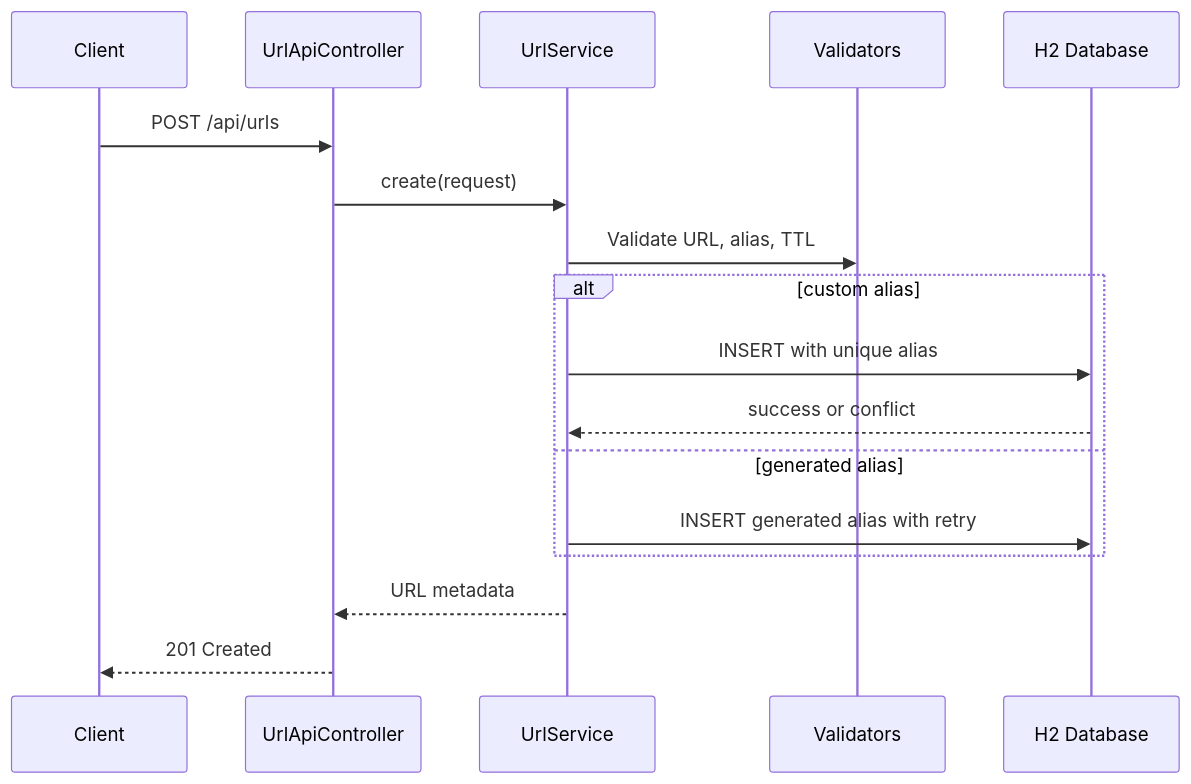
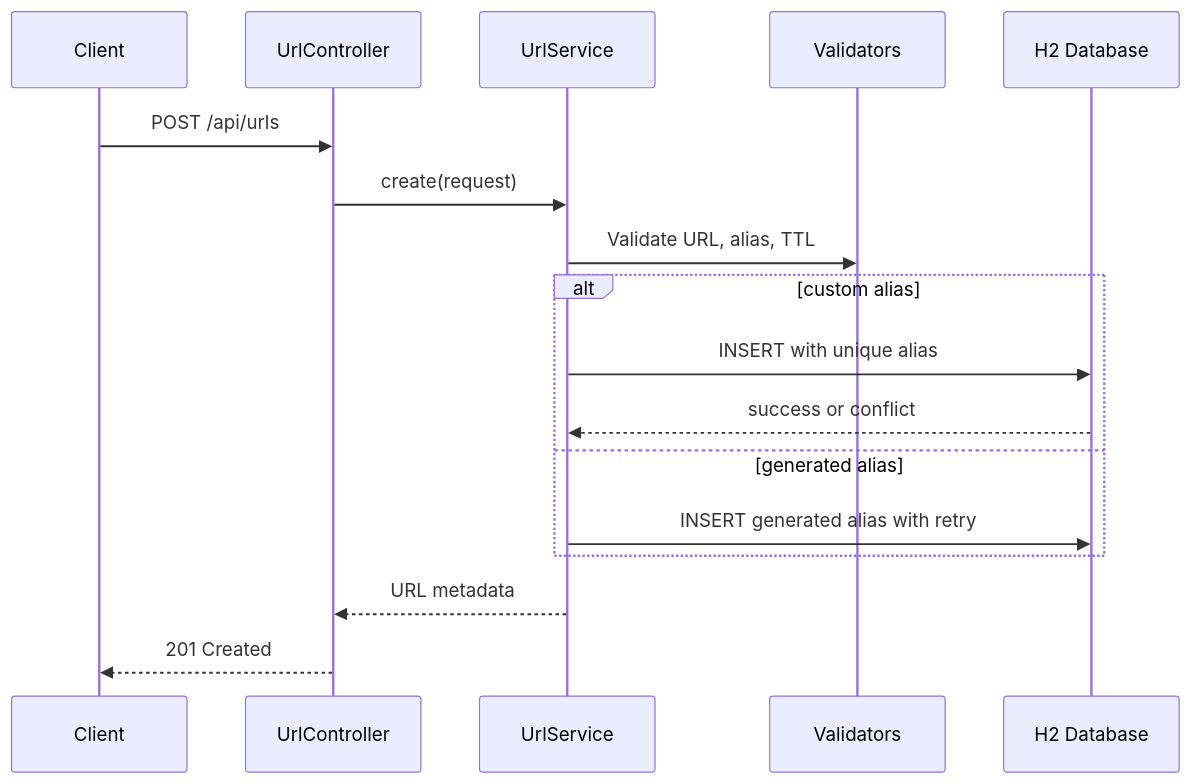
The second of 3 diagrams in docs/architecture.md (pogbapaul4321/digital_ocean), drawn with Mermaid before and after one commit. The commit also changed other lines of this file and 11 other files, not shown here.

````diff
--- a/docs/architecture.md
+++ b/docs/architecture.md
@@ -27,20 +27,20 @@
 ```mermaid
 sequenceDiagram
     participant C as Client
-    participant H as UrlApiController
+    participant H as UrlController
     participant S as UrlService
     participant V as Validators
     participant D as H2 Database
 
     C->>H: POST /api/urls
     H->>S: create(request)
     S->>V: Validate URL, alias, TTL
     alt custom alias
         S->>D: INSERT with unique alias
         D-->>S: success or conflict
     else generated alias
         S->>D: INSERT generated alias with retry
     end
     S-->>H: URL metadata
     H-->>C: 201 Created
 ```
````
